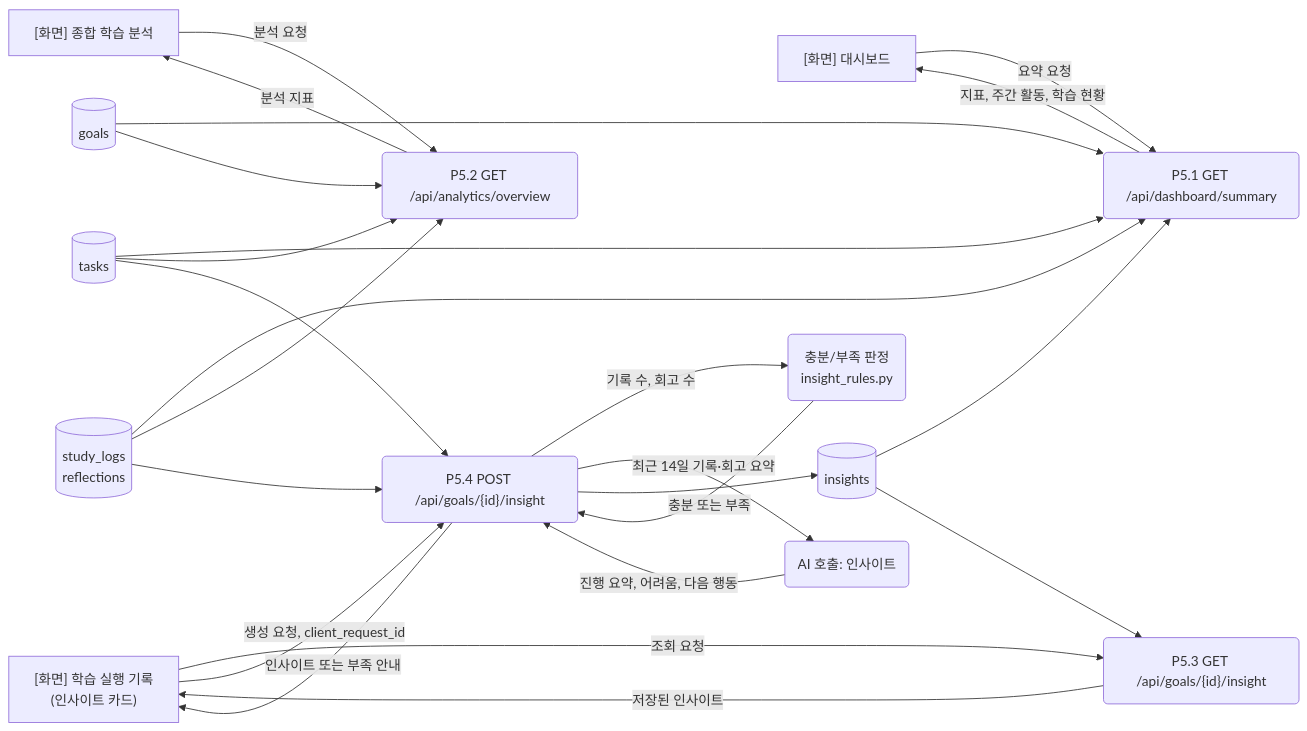
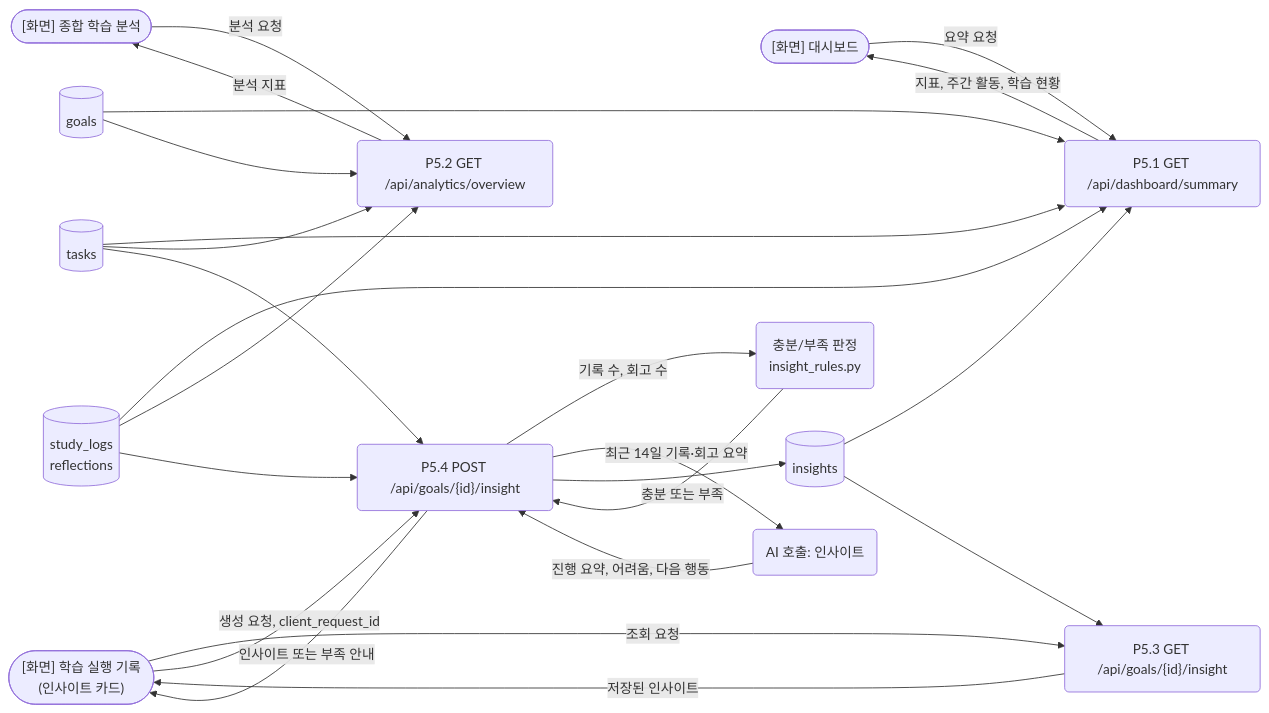
Before and after one commit to yong05610/ai-n-fprj: the eighth of 12 diagrams in docs/architecture_dfd.md, drawn with Mermaid. The commit also changed other lines of this file, not shown here.

````diff
--- a/docs/architecture_dfd.md
+++ b/docs/architecture_dfd.md
@@ -315,40 +315,40 @@
 ```mermaid
 flowchart LR
-    S1["[화면] 대시보드"]
-    S2["[화면] 종합 학습 분석"]
-    S3["[화면] 학습 실행 기록<br/>(인사이트 카드)"]
+    S1(["[화면] 대시보드"])
+    S2(["[화면] 종합 학습 분석"])
+    S3(["[화면] 학습 실행 기록<br/>(인사이트 카드)"])
     P51("P5.1 GET /api/dashboard/summary")
     P52("P5.2 GET /api/analytics/overview")
     P53("P5.3 GET /api/goals/{id}/insight")
     P54("P5.4 POST /api/goals/{id}/insight")
     AI("AI 호출: 인사이트")
     RU("충분/부족 판정<br/>insight_rules.py")
     DG[("goals")]
     DT[("tasks")]
     DL[("study_logs<br/>reflections")]
     DI[("insights")]
 
     S1 -->|"요약 요청"| P51
     DG --> P51
     DT --> P51
     DL --> P51
     DI --> P51
     P51 -->|"지표, 주간 활동, 학습 현황"| S1
     S2 -->|"분석 요청"| P52
     DG --> P52
     DT --> P52
     DL --> P52
     P52 -->|"분석 지표"| S2
     S3 -->|"조회 요청"| P53
     DI --> P53
     P53 -->|"저장된 인사이트"| S3
     S3 -->|"생성 요청, client_request_id"| P54
     DT --> P54
     DL --> P54
     P54 -->|"기록 수, 회고 수"| RU
     RU -->|"충분 또는 부족"| P54
     P54 -->|"최근 14일 기록·회고 요약"| AI
     AI -->|"진행 요약, 어려움, 다음 행동"| P54
     P54 --> DI
     P54 -->|"인사이트 또는 부족 안내"| S3
 ```
````
